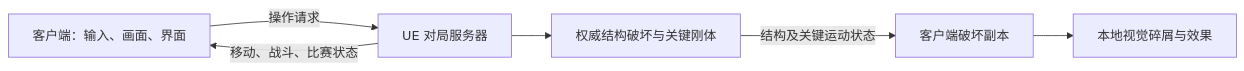
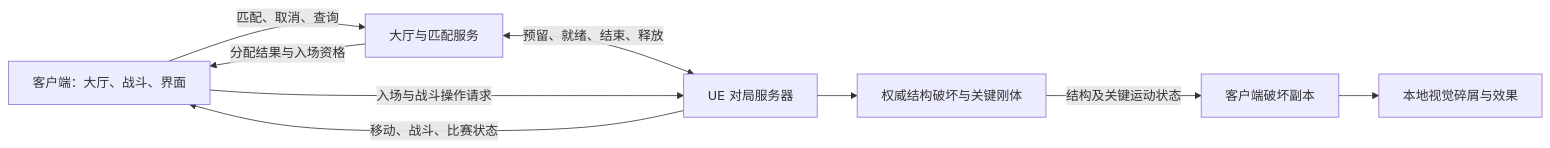
The diagram in Docs/Design/00-overview.md (Ingenious-FanBlade/Project_FPS), drawn with Mermaid before and after one commit. The commit also changed other lines of this file and 6 other files, not shown here.

````diff
--- a/Docs/Design/00-overview.md
+++ b/Docs/Design/00-overview.md
@@ -61,8 +65,11 @@
 ```mermaid
 flowchart LR
-    A[客户端：输入、画面、界面] -->|操作请求| B[UE 对局服务器]
+    A[客户端：大厅、战斗、界面] -->|匹配、取消、查询| L[大厅与匹配服务]
+    L -->|分配结果与入场资格| A
+    L <-->|预留、就绪、结束、释放| B[UE 对局服务器]
+    A -->|入场与战斗操作请求| B
     B -->|移动、战斗、比赛状态| A
     B --> C[权威结构破坏与关键刚体]
     C -->|结构及关键运动状态| D[客户端破坏副本]
     D --> E[本地视觉碎屑与效果]
 ```
````
